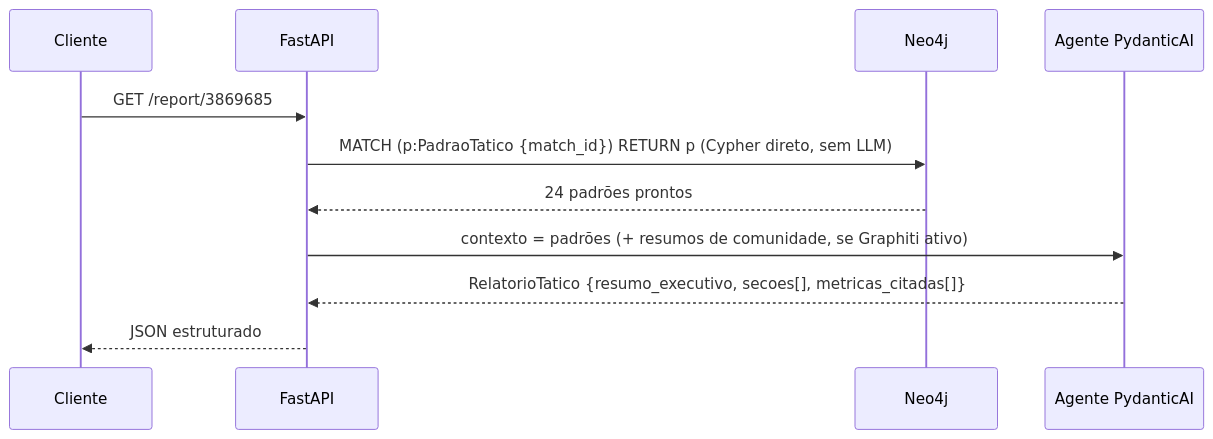
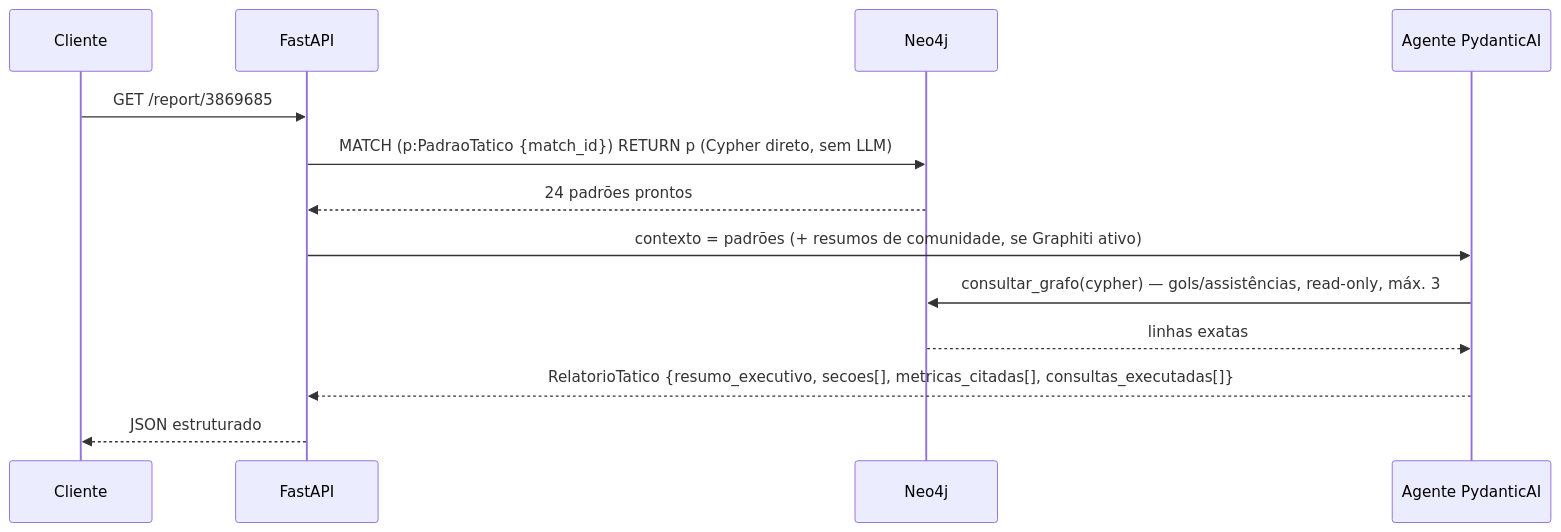
Before and after one commit to joaowinderfeldbussolotto/football-tactics-knowledge-graph: the first of 2 diagrams in docs/04-consumo.md, drawn with Mermaid. The commit also changed other lines of this file and 13 other files, not shown here.

````diff
--- a/docs/04-consumo.md
+++ b/docs/04-consumo.md
@@ -8,13 +10,15 @@
 ```mermaid
 sequenceDiagram
     participant C as Cliente
     participant API as FastAPI
     participant N as Neo4j
     participant A as Agente PydanticAI
     C->>API: GET /report/3869685
     API->>N: MATCH (p:PadraoTatico {match_id}) RETURN p  (Cypher direto, sem LLM)
     N-->>API: 24 padrões prontos
     API->>A: contexto = padrões (+ resumos de comunidade, se Graphiti ativo)
-    A-->>API: RelatorioTatico {resumo_executivo, secoes[], metricas_citadas[]}
+    A->>N: consultar_grafo(cypher) — gols/assistências, read-only, máx. 3
+    N-->>A: linhas exatas
+    A-->>API: RelatorioTatico {resumo_executivo, secoes[], metricas_citadas[], consultas_executadas[]}
     API-->>C: JSON estruturado
 ```
````
